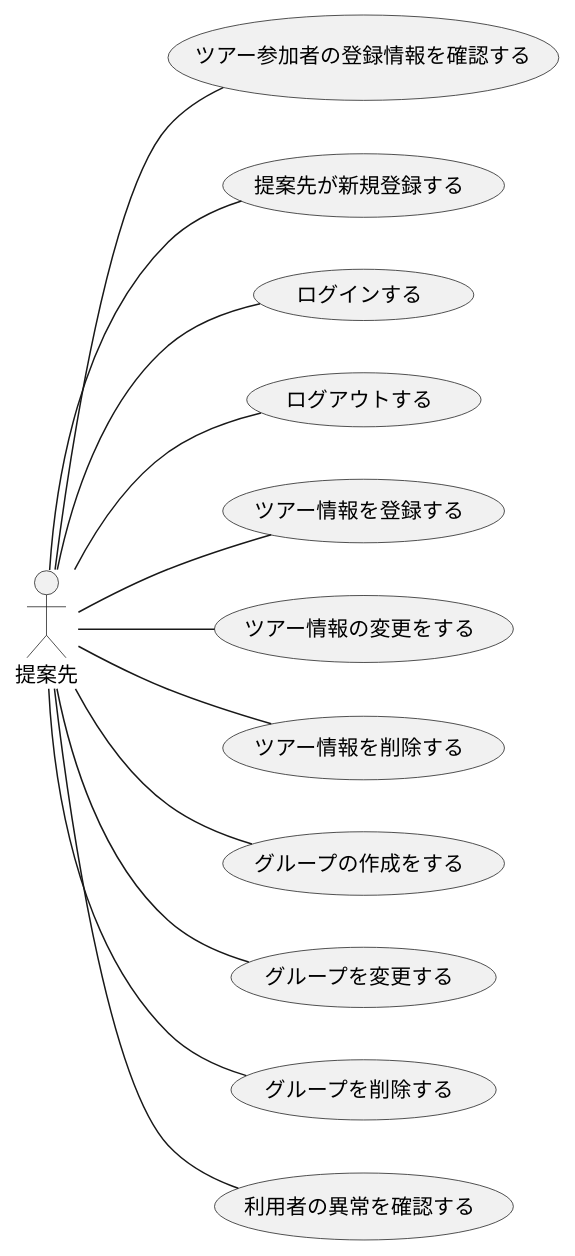
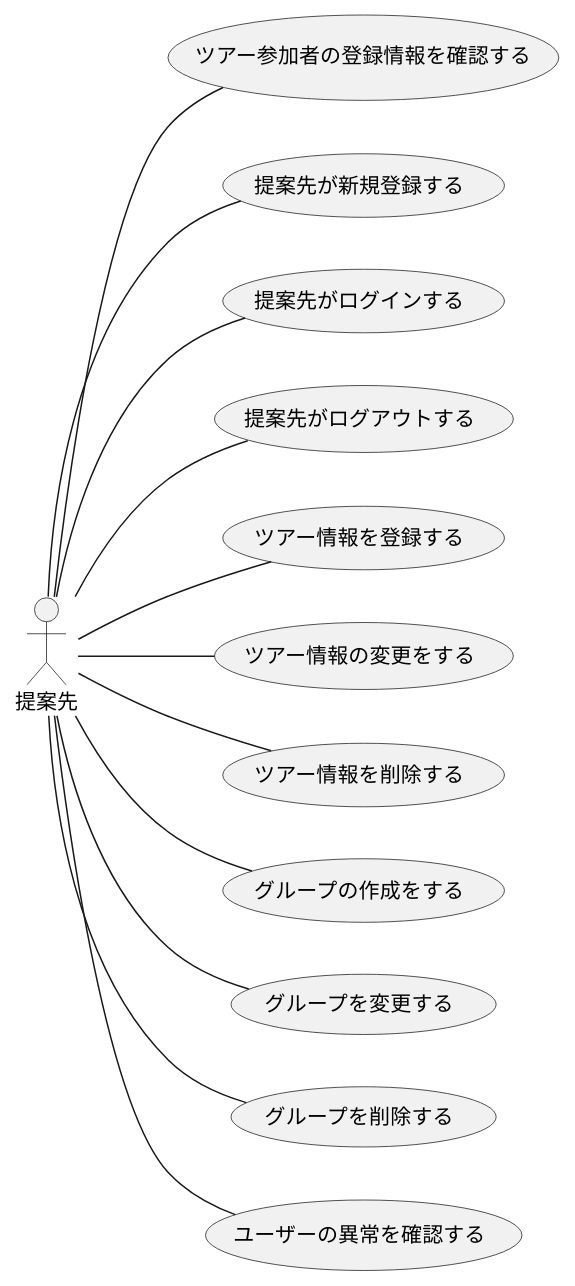
The diagram in F_usecase_client.plantuml (ksw2270227/GroupF), drawn with PlantUML before and after one commit.

Commit message:
斉藤編集

```diff
--- a/F_usecase_client.plantuml
+++ b/F_usecase_client.plantuml
@@ -1,18 +1,18 @@
-@startuml
+@startuml 提案先
 left to right direction
 actor 提案先
 
 提案先 -- (ツアー参加者の登録情報を確認する)
 提案先 -- (提案先が新規登録する)
-提案先 -- (ログインする)
-提案先 -- (ログアウトする)
+提案先 -- (提案先がログインする)
+提案先 -- (提案先がログアウトする)
 提案先 -- (ツアー情報を登録する)
 提案先 -- (ツアー情報の変更をする)
 提案先 -- (ツアー情報を削除する)
 提案先 -- (グループの作成をする)
 提案先 -- (グループを変更する)
 提案先 -- (グループを削除する)
 
-提案先 -- (利用者の異常を確認する)
+提案先 -- (ユーザーの異常を確認する)
 
 @enduml
```
